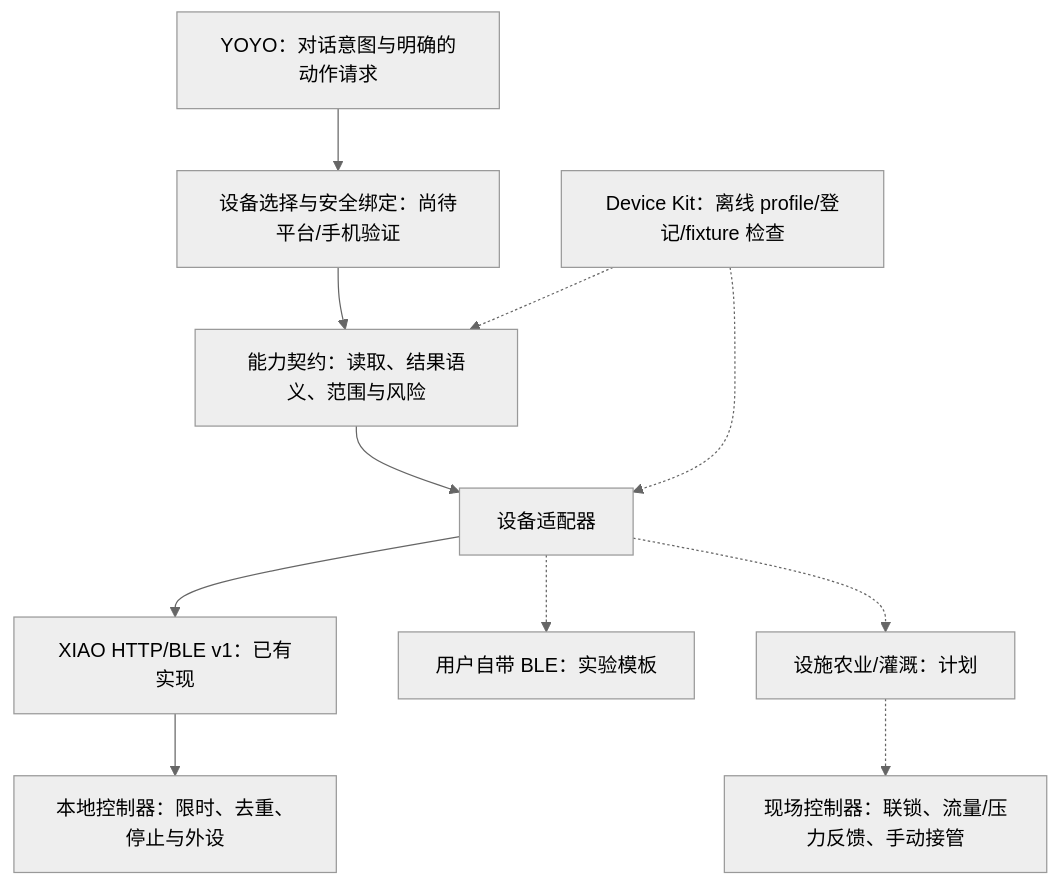
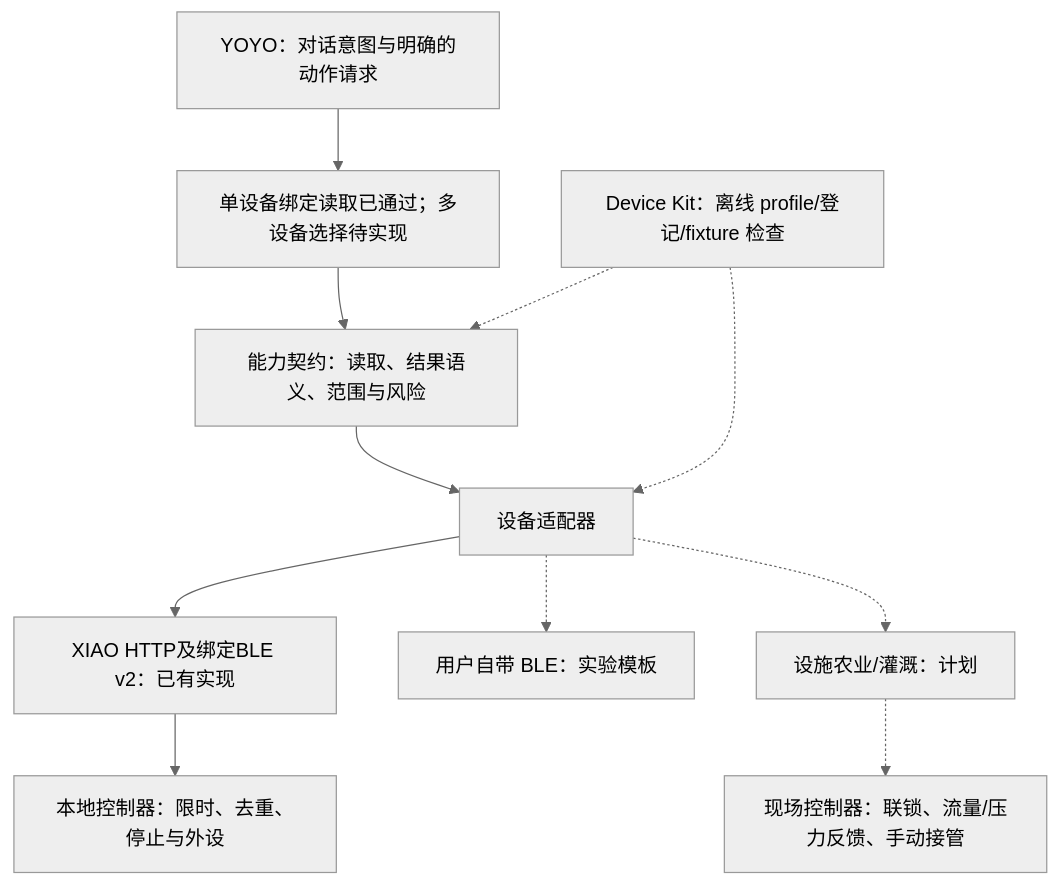
One commit to peterpanstechland/peterpanstechland.github.io changed the diagram in i18n/zh-Hans/docusaurus-plugin-content-docs/current/projects/2026/roboplanter/device-platform.md. Above: the diagram before and after it, drawn with Mermaid (neutral theme). The commit also changed other lines of this file and 132 other files, not shown here.

````diff
--- a/i18n/zh-Hans/docusaurus-plugin-content-docs/current/projects/2026/roboplanter/device-platform.md
+++ b/i18n/zh-Hans/docusaurus-plugin-content-docs/current/projects/2026/roboplanter/device-platform.md
@@ -30,13 +30,13 @@
 ```mermaid
 flowchart TD
-    Y[YOYO：对话意图与明确的动作请求] --> B[设备选择与安全绑定：尚待平台/手机验证]
+    Y[YOYO：对话意图与明确的动作请求] --> B[单设备绑定读取已通过；多设备选择待实现]
     B --> C[能力契约：读取、结果语义、范围与风险]
     C --> A[设备适配器]
-    A --> X[XIAO HTTP/BLE v1：已有实现]
+    A --> X[XIAO HTTP及绑定BLE v2：已有实现]
     A -.-> G[用户自带 BLE：实验模板]
     A -.-> I[设施农业/灌溉：计划]
     K[Device Kit：离线 profile/登记/fixture 检查] -.-> C
     K -.-> A
     X --> L[本地控制器：限时、去重、停止与外设]
     I -.-> F[现场控制器：联锁、流量/压力反馈、手动接管]
 ```
````
